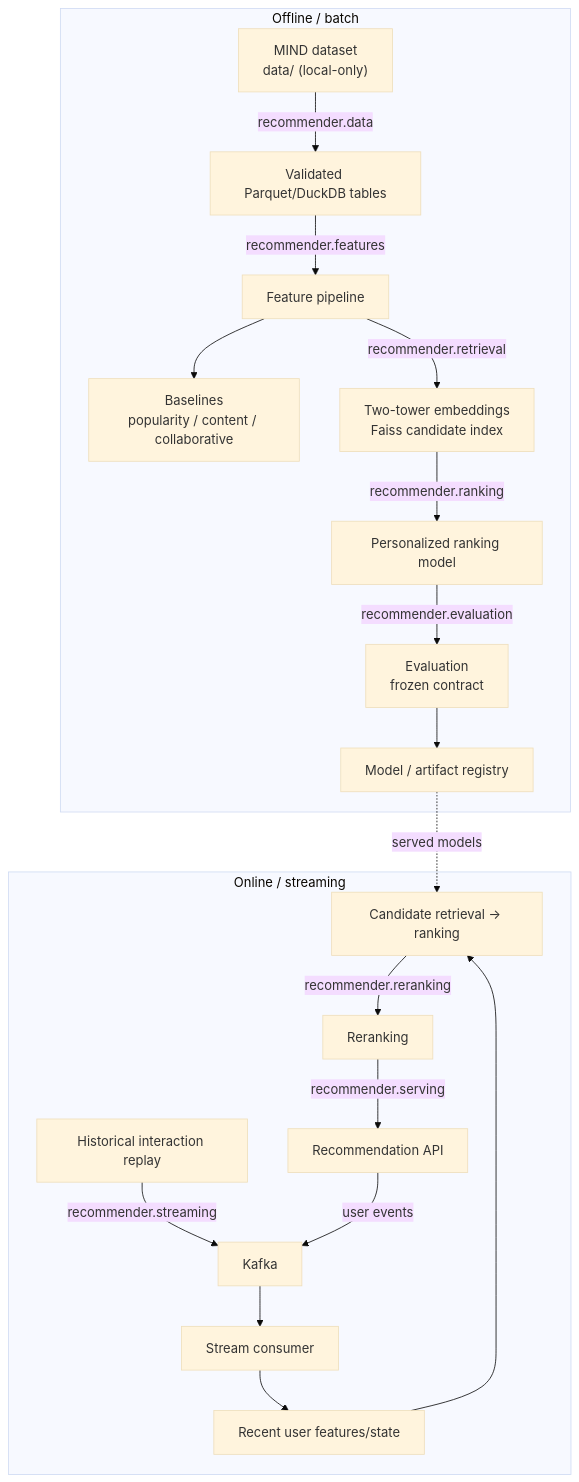
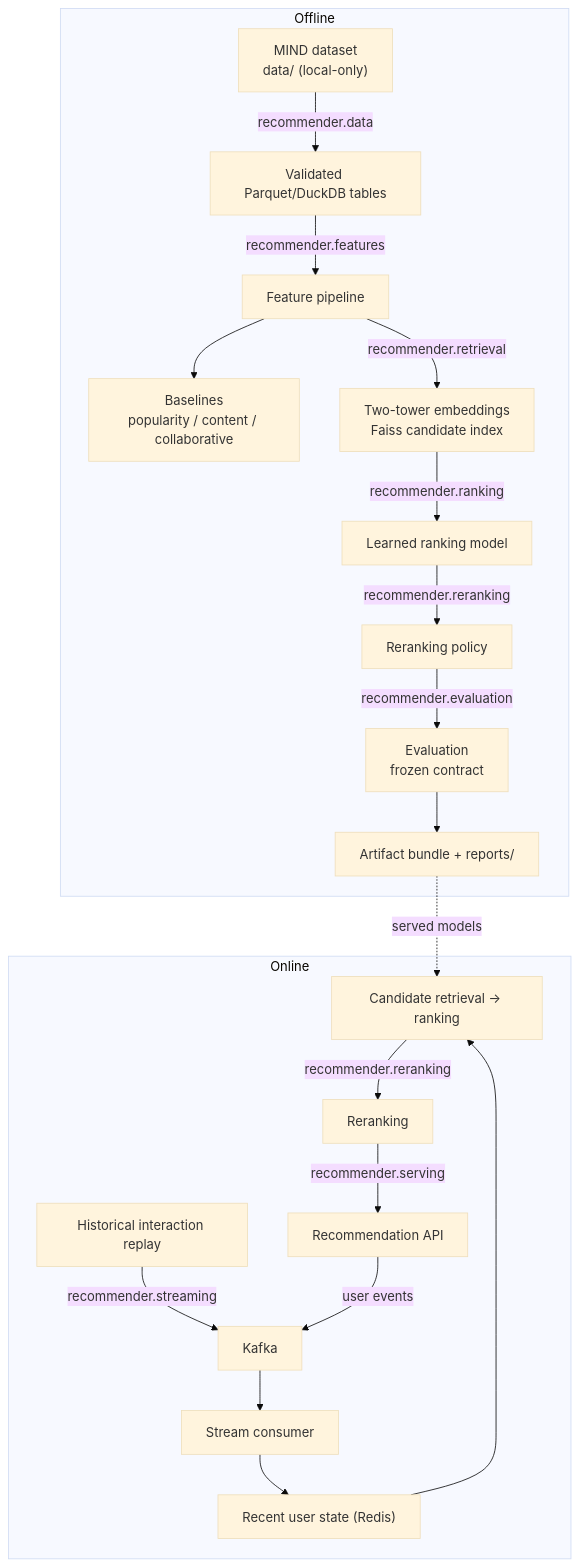
Before and after one commit to MAndersonASU/real-time-recommendation-ranking-platform: the diagram in docs/architecture.md, drawn with Mermaid (base theme). The commit also changed other lines of this file and 72 other files, not shown here.

````diff
--- a/docs/architecture.md
+++ b/docs/architecture.md
@@ -56,24 +55,25 @@
 ```mermaid
 flowchart TD
-    subgraph OFFLINE["Offline / batch"]
+    subgraph OFFLINE["Offline"]
         A["MIND dataset<br/>data/ (local-only)"] -->|"recommender.data"| B["Validated Parquet/DuckDB tables"]
         B -->|"recommender.features"| C["Feature pipeline"]
         C --> D["Baselines<br/>popularity / content / collaborative"]
         C -->|"recommender.retrieval"| E["Two-tower embeddings<br/>Faiss candidate index"]
-        E -->|"recommender.ranking"| F["Personalized ranking model"]
-        F -->|"recommender.evaluation"| G["Evaluation<br/>frozen contract"]
-        G --> H["Model / artifact registry"]
+        E -->|"recommender.ranking"| F["Learned ranking model"]
+        F -->|"recommender.reranking"| R["Reranking policy"]
+        R -->|"recommender.evaluation"| G["Evaluation<br/>frozen contract"]
+        G --> H["Artifact bundle + reports/"]
     end
 
-    subgraph ONLINE["Online / streaming"]
+    subgraph ONLINE["Online"]
         I["Historical interaction replay"] -->|"recommender.streaming"| J["Kafka"]
         J --> K["Stream consumer"]
-        K --> L["Recent user features/state"]
+        K --> L["Recent user state (Redis)"]
         L --> M["Candidate retrieval -> ranking"]
         M -->|"recommender.reranking"| N["Reranking"]
         N -->|"recommender.serving"| O["Recommendation API"]
         O -->|"user events"| J
     end
 
     H -.->|"served models"| M
 ```
````
